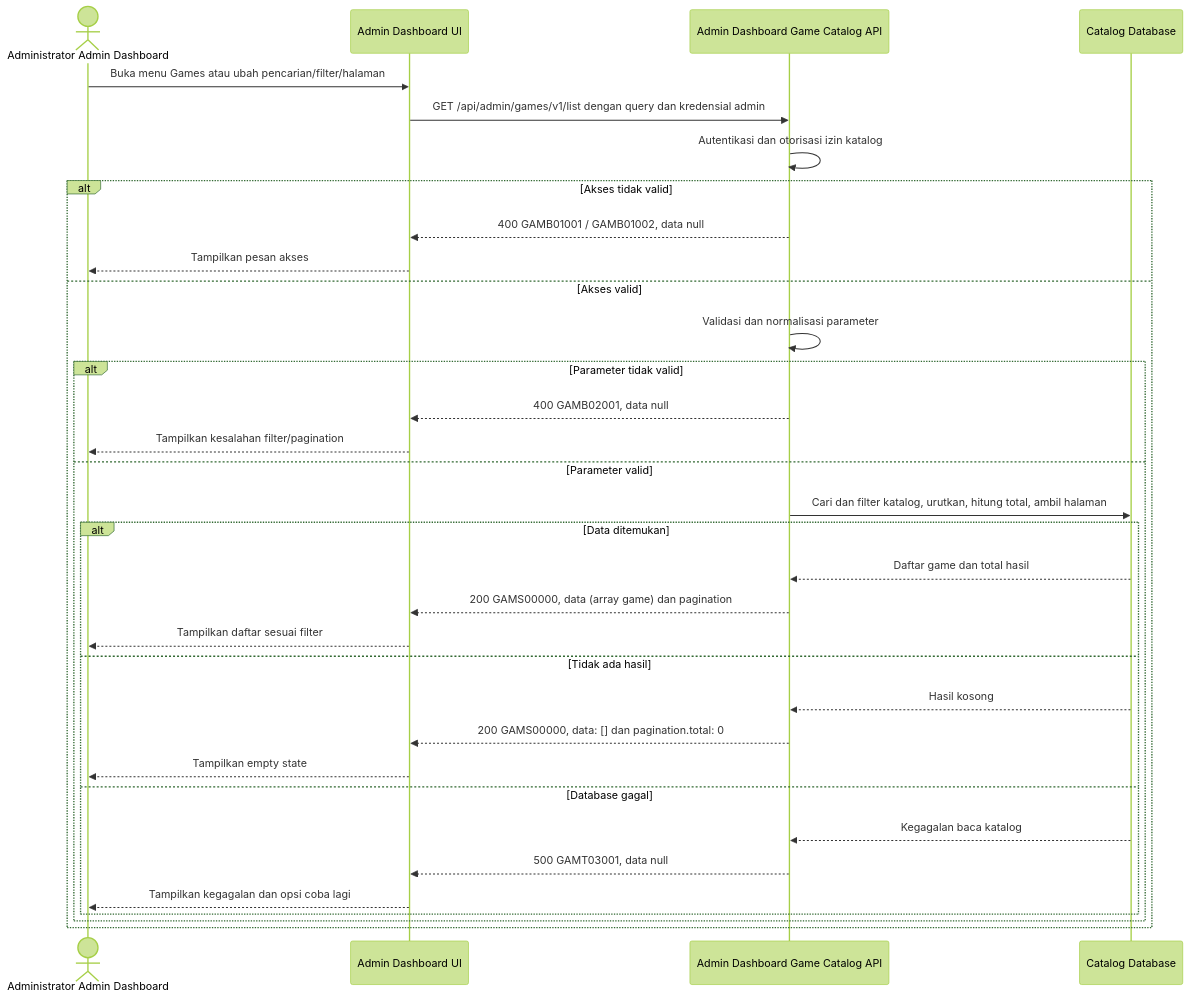
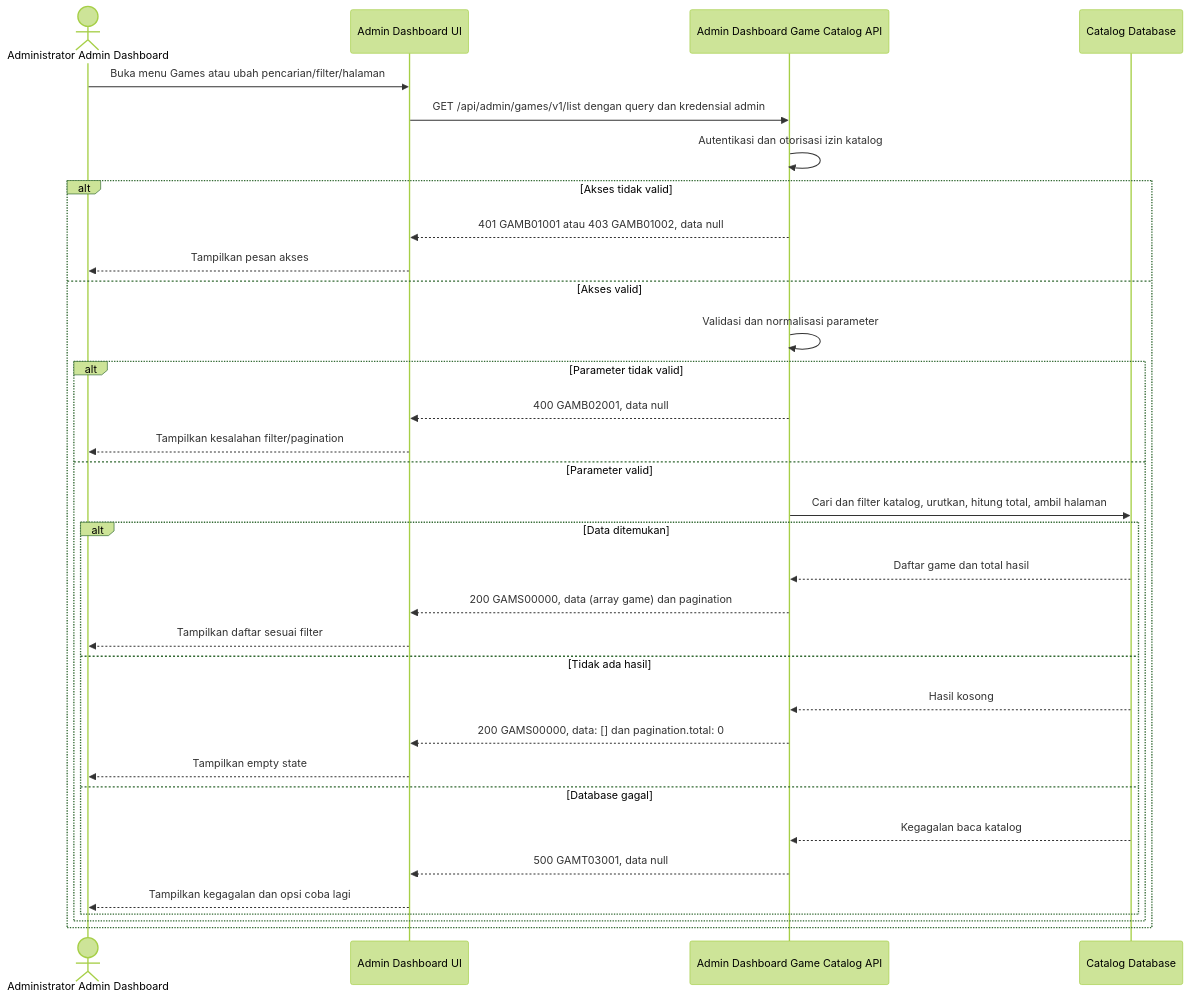
The diagram in sprint-1/solutioning/dashboard/games/get-list-games.md (fatihmuhamadridho/docs-game-service-platform), drawn with Mermaid (forest theme) before and after one commit. The commit also changed other lines of this file and 32 other files, not shown here.

````diff
--- a/sprint-1/solutioning/dashboard/games/get-list-games.md
+++ b/sprint-1/solutioning/dashboard/games/get-list-games.md
@@ -14,35 +14,35 @@
 ```mermaid
 sequenceDiagram
     actor Admin as Administrator Admin Dashboard
     participant UI as Admin Dashboard UI
     participant API as Admin Dashboard Game Catalog API
     participant DB as Catalog Database
     Admin->>UI: Buka menu Games atau ubah pencarian/filter/halaman
     UI->>API: GET /api/admin/games/v1/list dengan query dan kredensial admin
     API->>API: Autentikasi dan otorisasi izin katalog
     alt Akses tidak valid
-        API-->>UI: 400 GAMB01001 / GAMB01002, data null
+        API-->>UI: 401 GAMB01001 atau 403 GAMB01002, data null
         UI-->>Admin: Tampilkan pesan akses
     else Akses valid
         API->>API: Validasi dan normalisasi parameter
         alt Parameter tidak valid
             API-->>UI: 400 GAMB02001, data null
             UI-->>Admin: Tampilkan kesalahan filter/pagination
         else Parameter valid
             API->>DB: Cari dan filter katalog, urutkan, hitung total, ambil halaman
             alt Data ditemukan
                 DB-->>API: Daftar game dan total hasil
                 API-->>UI: 200 GAMS00000, data (array game) dan pagination
                 UI-->>Admin: Tampilkan daftar sesuai filter
             else Tidak ada hasil
                 DB-->>API: Hasil kosong
                 API-->>UI: 200 GAMS00000, data: [] dan pagination.total: 0
                 UI-->>Admin: Tampilkan empty state
             else Database gagal
                 DB-->>API: Kegagalan baca katalog
                 API-->>UI: 500 GAMT03001, data null
                 UI-->>Admin: Tampilkan kegagalan dan opsi coba lagi
             end
         end
     end
 ```
````
